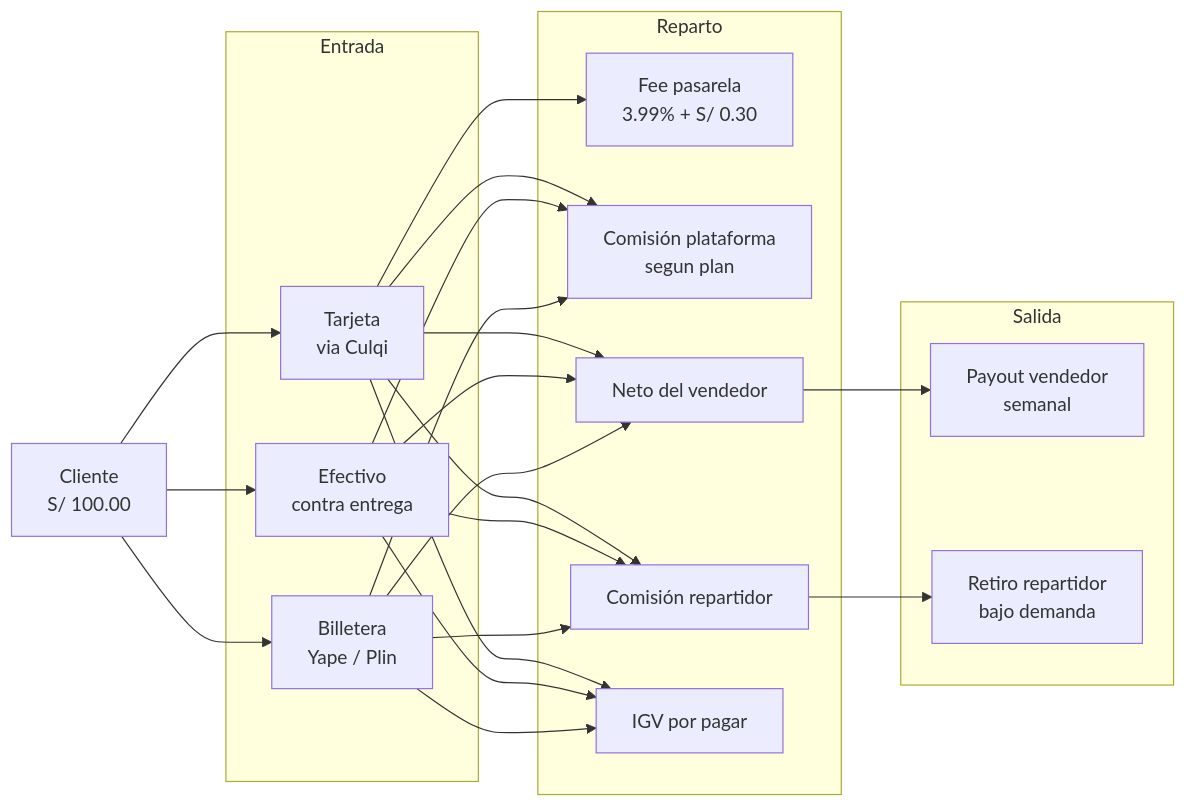
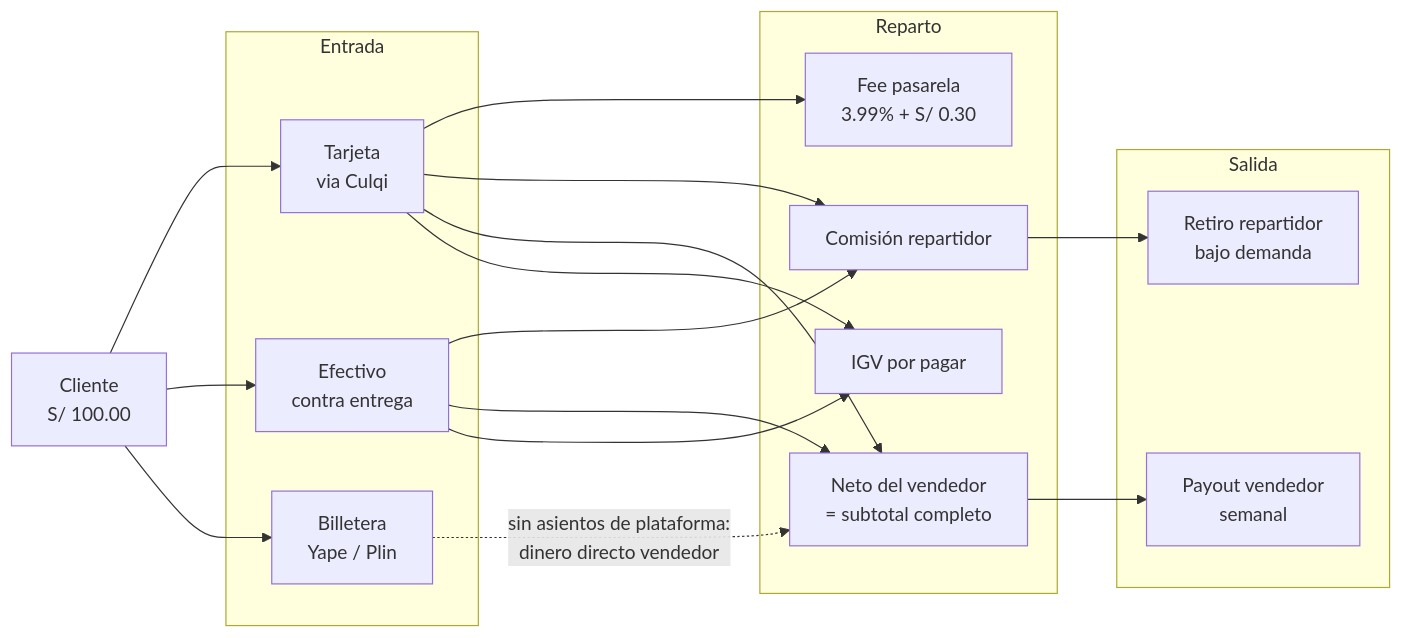
Before and after one commit to kanoso/ecommcerce-saas-sonet: the third of 19 diagrams in DOCS/FLUJO_DINERO.md, drawn with Mermaid. The commit also changed other lines of this file and 2 other files, not shown here.

First line of the commit message:
docs(negocio): monetizacion por suscripcion - checklist completo

````diff
--- a/DOCS/FLUJO_DINERO.md
+++ b/DOCS/FLUJO_DINERO.md
@@ -267,42 +278,36 @@
 ```mermaid
 flowchart LR
     CUST["Cliente<br/>S/ 100.00"]
 
     subgraph IN["Entrada"]
         CARD["Tarjeta<br/>via Culqi"]
         CASH["Efectivo<br/>contra entrega"]
         WALLET["Billetera<br/>Yape / Plin"]
     end
 
     subgraph SPLIT["Reparto"]
         GWFEE["Fee pasarela<br/>3.99% + S/ 0.30"]
-        PCOM["Comisión plataforma<br/>segun plan"]
         RCOM["Comisión repartidor"]
-        SNET["Neto del vendedor"]
+        SNET["Neto del vendedor<br/>= subtotal completo"]
         IGVP["IGV por pagar"]
     end
 
     subgraph OUT["Salida"]
         POUT["Payout vendedor<br/>semanal"]
         RWD["Retiro repartidor<br/>bajo demanda"]
     end
 
     CUST --> CARD
     CUST --> CASH
     CUST --> WALLET
     CARD --> GWFEE
-    CARD --> PCOM
     CARD --> RCOM
     CARD --> SNET
     CARD --> IGVP
     CASH --> RCOM
     CASH --> SNET
-    CASH --> PCOM
     CASH --> IGVP
-    WALLET --> RCOM
-    WALLET --> SNET
-    WALLET --> PCOM
-    WALLET --> IGVP
+    WALLET -.->|"sin asientos de plataforma:<br/>dinero directo vendedor"| SNET
     SNET --> POUT
     RCOM --> RWD
 ```
````
